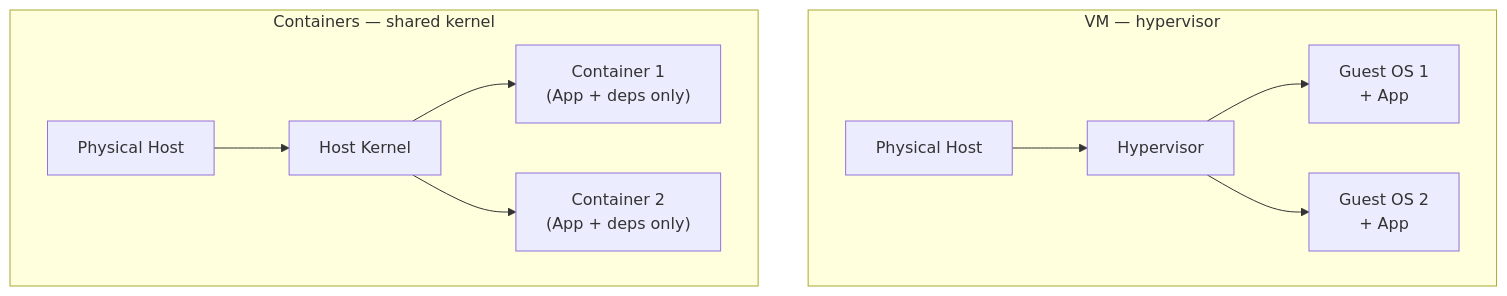
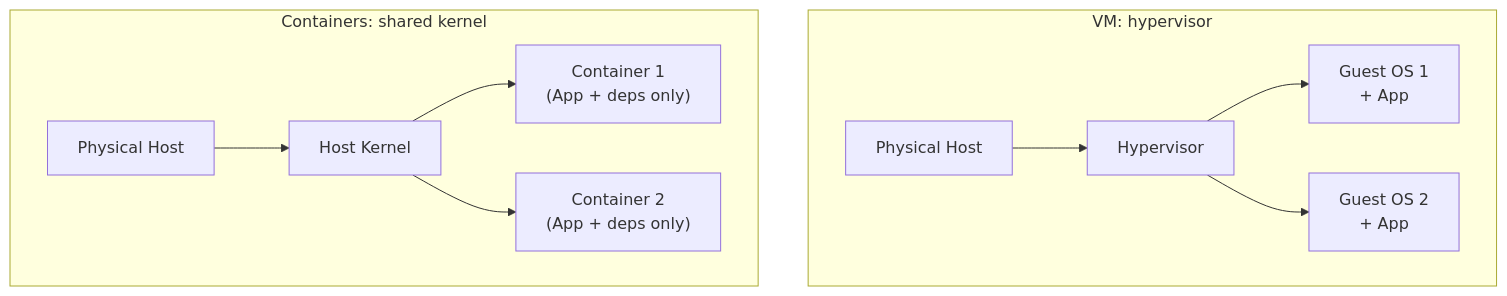
Before and after one commit to josuebrunel/josuebrunel.github.io: the fourth of 8 diagrams in content/interview/interview-prep-security-cloud.md, drawn with Mermaid. The commit also changed other lines of this file and 6 other files, not shown here.

````diff
--- a/content/interview/interview-prep-security-cloud.md
+++ b/content/interview/interview-prep-security-cloud.md
@@ -107,13 +327,13 @@
 ```mermaid
 graph TD
-    subgraph "VM — hypervisor"
+    subgraph "VM: hypervisor"
     HW1[Physical Host] --> HV[Hypervisor]
     HV --> G1["Guest OS 1<br/>+ App"]
     HV --> G2["Guest OS 2<br/>+ App"]
     end
-    subgraph "Containers — shared kernel"
+    subgraph "Containers: shared kernel"
     HW2[Physical Host] --> K[Host Kernel]
     K --> C1["Container 1<br/>(App + deps only)"]
     K --> C2["Container 2<br/>(App + deps only)"]
     end
 ```
````
